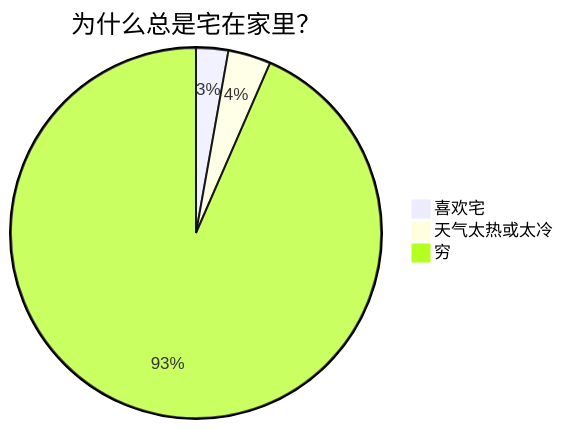
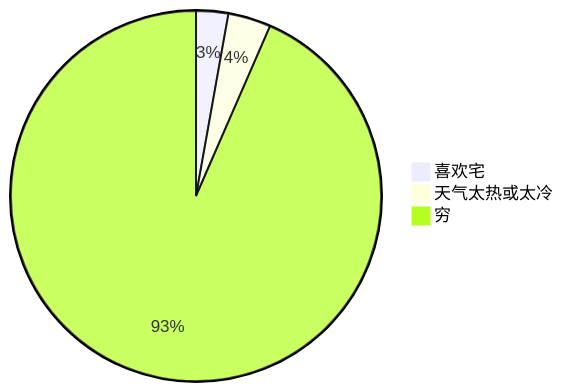
The second of 3 diagrams in notebook/tips/mermiad.md (Pei-T/notebook), drawn with Mermaid before and after one commit.

```diff
--- a/notebook/tips/mermiad.md
+++ b/notebook/tips/mermiad.md
@@ -8,7 +8,6 @@
 ~~~mermaid
 pie
-    title 为什么总是宅在家里？
     "喜欢宅" : 15
     "天气太热或太冷" : 20
     "穷" : 500
 ~~~
```
